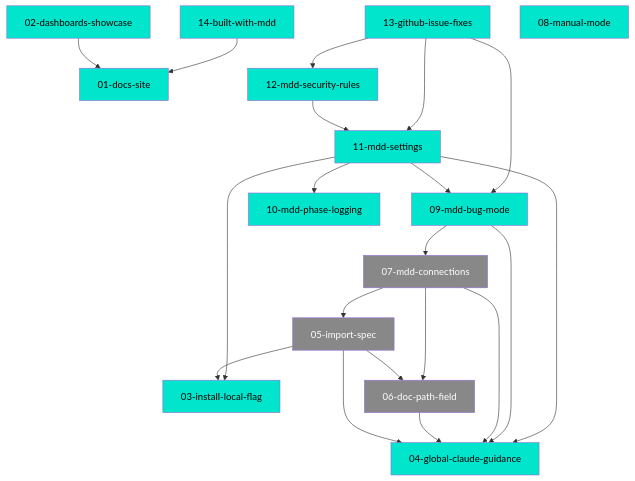
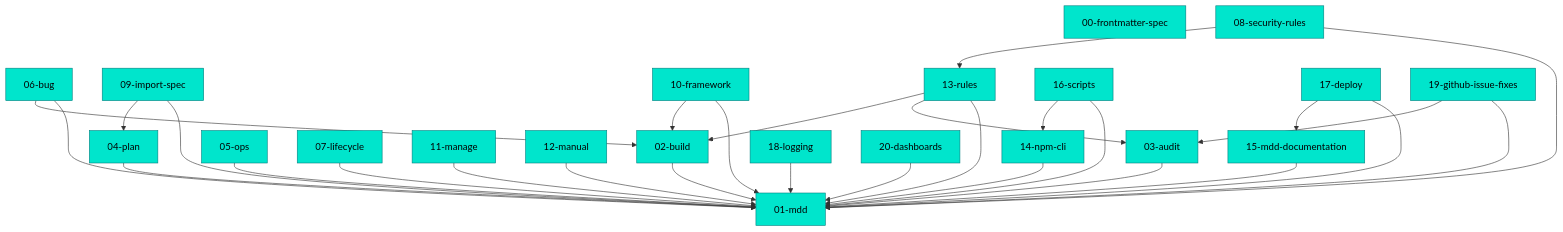
The diagram in .mdd/connections.md (TheDecipherist/mdd), drawn with Mermaid before and after one commit. The commit also changed other lines of this file and 46 other files, not shown here.

First line of the commit message:
feat: complete mdd-docs-overhaul initiative (21 docs, 5 waves)

````diff
--- a/.mdd/connections.md
+++ b/.mdd/connections.md
@@ -33,27 +57,56 @@
 ```mermaid
 graph TD
-  N02["02-dashboards-showcase"]:::complete --> N01["01-docs-site"]:::complete
-  N05["05-import-spec"]:::draft --> N03["03-install-local-flag"]:::complete
-  N05 --> N04["04-global-claude-guidance"]:::complete
-  N05 --> N06["06-doc-path-field"]:::draft
-  N06 --> N04
-  N07["07-mdd-connections"]:::draft --> N04
-  N07 --> N05
-  N07 --> N06
-  N09["09-mdd-bug-mode"]:::complete --> N04
-  N09 --> N07
-  N11["11-mdd-settings"]:::complete --> N03
-  N11 --> N04
-  N11 --> N09
-  N11 --> N10["10-mdd-phase-logging"]:::complete
-  N12["12-mdd-security-rules"]:::complete --> N11
-  N13["13-github-issue-fixes"]:::complete --> N09
-  N13 --> N11
-  N13 --> N12
-  N14["14-built-with-mdd"]:::complete --> N01
-  N08["08-manual-mode"]:::complete
-  classDef complete fill:#00e5cc,color:#000
-  classDef in_progress fill:#ffaa00,color:#000
-  classDef draft fill:#888,color:#fff
-  classDef deprecated fill:#555,color:#aaa
+  classDef complete fill:#00e5cc,stroke:#008080,color:#000
+  classDef in_progress fill:#ffd700,stroke:#b8860b,color:#000
+  classDef draft fill:#aaa,stroke:#666,color:#000
+  classDef deprecated fill:#f44,stroke:#a00,color:#fff
+  00_frontmatter_spec["00-frontmatter-spec"]:::complete
+  01_mdd["01-mdd"]:::complete
+  02_build["02-build"]:::complete
+  03_audit["03-audit"]:::complete
+  04_plan["04-plan"]:::complete
+  05_ops["05-ops"]:::complete
+  06_bug["06-bug"]:::complete
+  07_lifecycle["07-lifecycle"]:::complete
+  08_security_rules["08-security-rules"]:::complete
+  09_import_spec["09-import-spec"]:::complete
+  10_framework["10-framework"]:::complete
+  11_manage["11-manage"]:::complete
+  12_manual["12-manual"]:::complete
+  13_rules["13-rules"]:::complete
+  14_npm_cli["14-npm-cli"]:::complete
+  15_mdd_documentation["15-mdd-documentation"]:::complete
+  16_scripts["16-scripts"]:::complete
+  17_deploy["17-deploy"]:::complete
+  18_logging["18-logging"]:::complete
+  19_github_issue_fixes["19-github-issue-fixes"]:::complete
+  20_dashboards["20-dashboards"]:::complete
+  02_build --> 01_mdd
+  03_audit --> 01_mdd
+  04_plan --> 01_mdd
+  05_ops --> 01_mdd
+  06_bug --> 01_mdd
+  06_bug --> 02_build
+  07_lifecycle --> 01_mdd
+  08_security_rules --> 01_mdd
+  08_security_rules --> 13_rules
+  09_import_spec --> 01_mdd
+  09_import_spec --> 04_plan
+  10_framework --> 01_mdd
+  10_framework --> 02_build
+  11_manage --> 01_mdd
+  12_manual --> 01_mdd
+  13_rules --> 01_mdd
+  13_rules --> 03_audit
+  13_rules --> 02_build
+  14_npm_cli --> 01_mdd
+  15_mdd_documentation --> 01_mdd
+  16_scripts --> 01_mdd
+  16_scripts --> 14_npm_cli
+  17_deploy --> 01_mdd
+  17_deploy --> 15_mdd_documentation
+  18_logging --> 01_mdd
+  19_github_issue_fixes --> 01_mdd
+  19_github_issue_fixes --> 03_audit
+  20_dashboards --> 01_mdd
 ```
````
